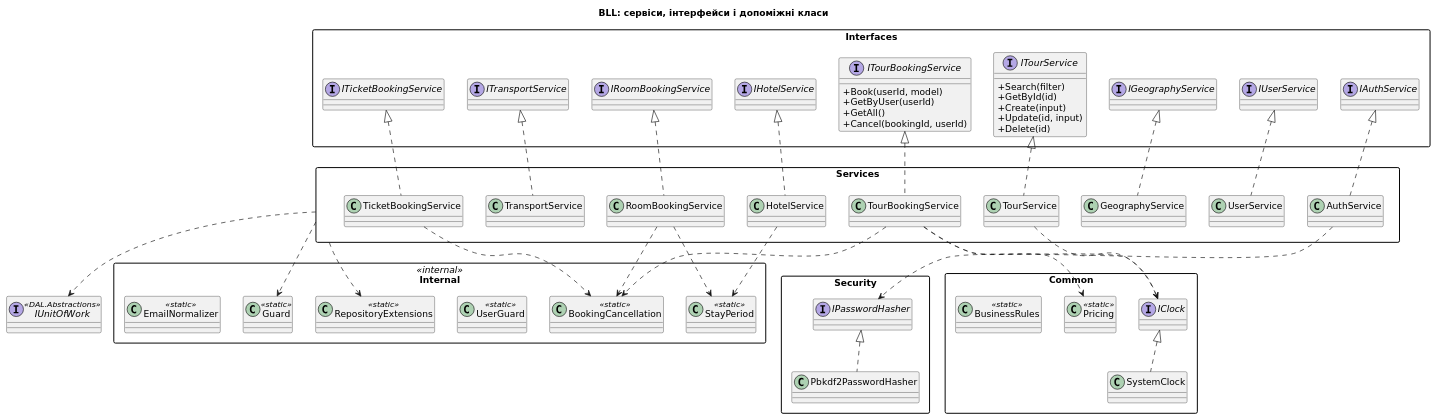
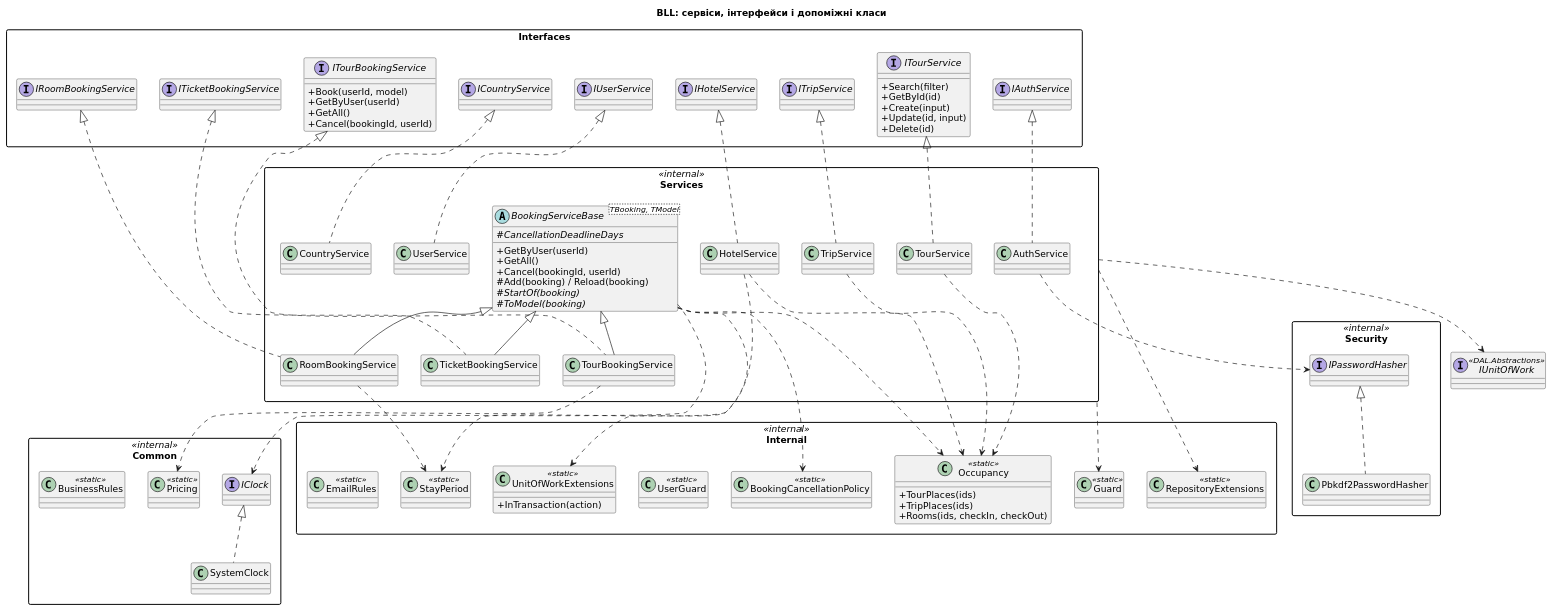
Before and after one commit to 01eksandr0/Bz-121-24-1-PI-2-backend: the diagram in docs/uml/05-bll-services.puml, drawn with PlantUML. The commit also changed 10 other files, not shown here.

Commit message:
TA-19: update README, UML sources, backlog and CLAUDE.md after review fixes

```diff
--- a/docs/uml/05-bll-services.puml
+++ b/docs/uml/05-bll-services.puml
@@ -1,82 +1,104 @@
 @startuml
 skinparam defaultFontName DejaVu Sans
 skinparam shadowing false
 skinparam classAttributeIconSize 0
 skinparam packageStyle rectangle
 title BLL: сервіси, інтерфейси і допоміжні класи
 package Interfaces {
   interface IAuthService
   interface IUserService
-  interface IGeographyService
+  interface ICountryService
   interface ITourService {
     + Search(filter)
     + GetById(id)
     + Create(input)
     + Update(id, input)
     + Delete(id)
   }
   interface ITourBookingService {
     + Book(userId, model)
     + GetByUser(userId)
     + GetAll()
     + Cancel(bookingId, userId)
   }
   interface IHotelService
   interface IRoomBookingService
-  interface ITransportService
+  interface ITripService
   interface ITicketBookingService
 }
-package Services {
+package Services <<internal>> {
   class AuthService
   class UserService
-  class GeographyService
+  class CountryService
   class TourService
+  abstract class "BookingServiceBase<TBooking, TModel>" as BSB {
+    + GetByUser(userId)
+    + GetAll()
+    + Cancel(bookingId, userId)
+    # Add(booking) / Reload(booking)
+    # {abstract} StartOf(booking)
+    # {abstract} ToModel(booking)
+    # {abstract} CancellationDeadlineDays
+  }
   class TourBookingService
   class HotelService
   class RoomBookingService
-  class TransportService
+  class TripService
   class TicketBookingService
 }
 package Internal <<internal>> {
-  class BookingCancellation <<static>>
+  class BookingCancellationPolicy <<static>>
+  class Occupancy <<static>> {
+    + TourPlaces(ids)
+    + TripPlaces(ids)
+    + Rooms(ids, checkIn, checkOut)
+  }
+  class UnitOfWorkExtensions <<static>> {
+    + InTransaction(action)
+  }
   class Guard <<static>>
   class UserGuard <<static>>
   class StayPeriod <<static>>
   class RepositoryExtensions <<static>>
-  class EmailNormalizer <<static>>
+  class EmailRules <<static>>
 }
-package Common {
+package Common <<internal>> {
   interface IClock
   class SystemClock
   class Pricing <<static>>
   class BusinessRules <<static>>
 }
-package Security {
+package Security <<internal>> {
   interface IPasswordHasher
   class Pbkdf2PasswordHasher
 }
 interface IUnitOfWork <<DAL.Abstractions>>
 IAuthService <|.. AuthService
 IUserService <|.. UserService
-IGeographyService <|.. GeographyService
+ICountryService <|.. CountryService
 ITourService <|.. TourService
 ITourBookingService <|.. TourBookingService
 IHotelService <|.. HotelService
 IRoomBookingService <|.. RoomBookingService
-ITransportService <|.. TransportService
+ITripService <|.. TripService
 ITicketBookingService <|.. TicketBookingService
+BSB <|-- TourBookingService
+BSB <|-- RoomBookingService
+BSB <|-- TicketBookingService
 IClock <|.. SystemClock
 IPasswordHasher <|.. Pbkdf2PasswordHasher
 Services ..> IUnitOfWork
-TourService ..> IClock
-TourBookingService ..> IClock
+BSB ..> IClock
 AuthService ..> IPasswordHasher
-TourBookingService ..> BookingCancellation
-RoomBookingService ..> BookingCancellation
-TicketBookingService ..> BookingCancellation
+BSB ..> BookingCancellationPolicy
+BSB ..> UnitOfWorkExtensions
 TourBookingService ..> Pricing
+TourService ..> Occupancy
+TripService ..> Occupancy
+HotelService ..> Occupancy
+BSB ..> Occupancy
 RoomBookingService ..> StayPeriod
 HotelService ..> StayPeriod
 Services ..> Guard
 Services ..> RepositoryExtensions
 @enduml
```
